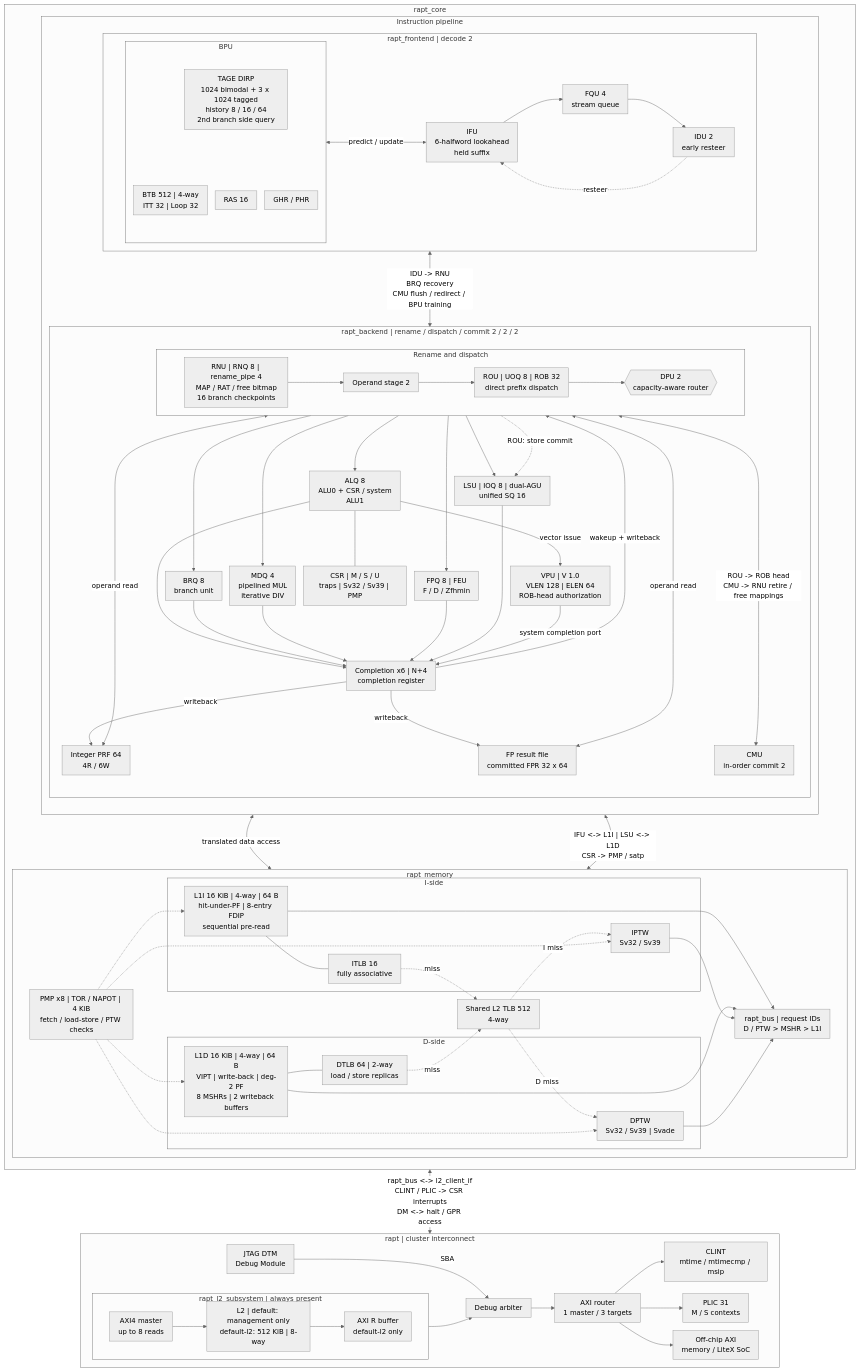
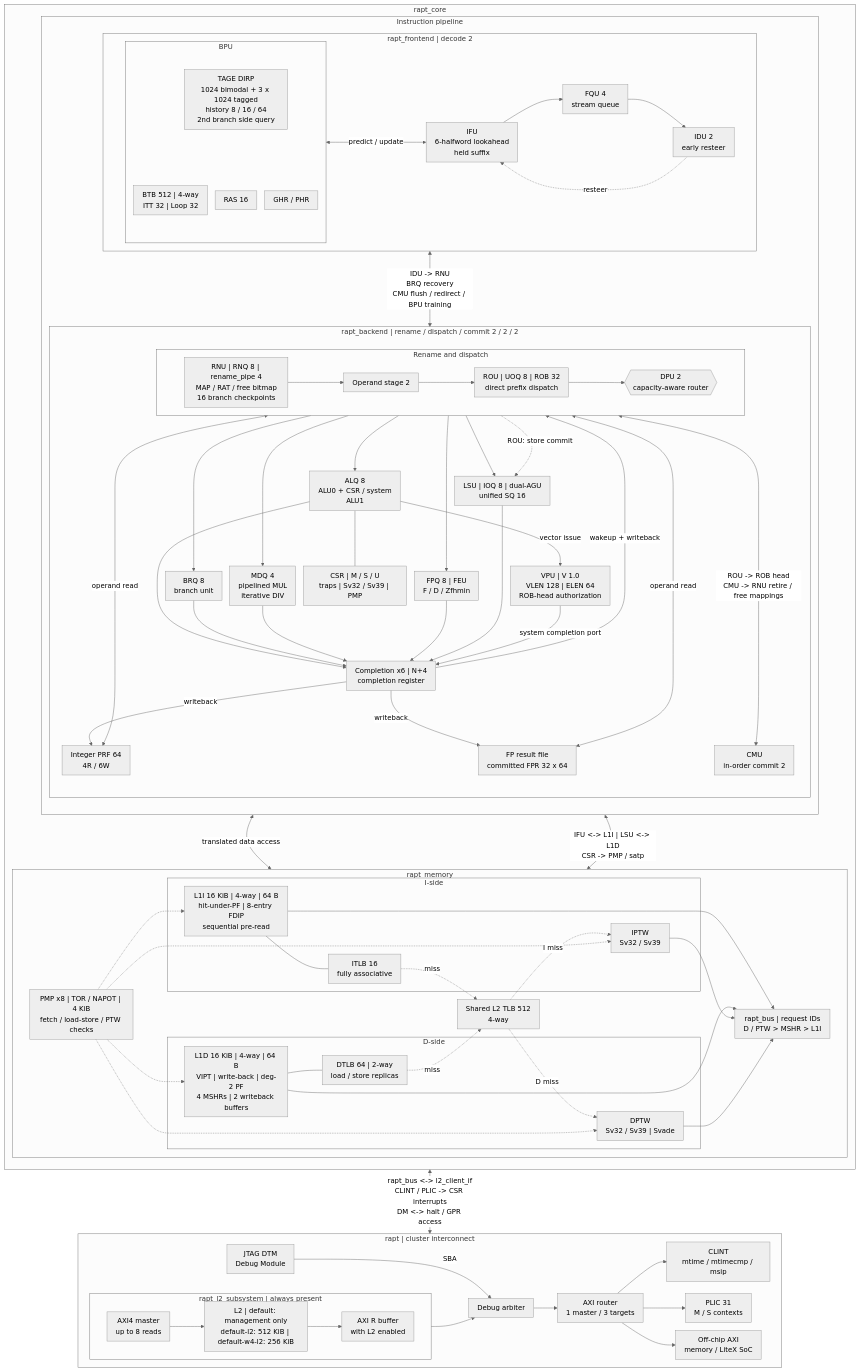
Before and after one commit to Kingfish404/raptor-chip: the diagram in README.md, drawn with Mermaid (neutral theme). The commit also changed other lines of this file and 18 other files, not shown here.

```diff
--- a/README.md
+++ b/README.md
@@ -159,7 +182,7 @@
         IPTW["IPTW<br/>Sv32 / Sv39"]
       end
       subgraph DMEM["D-side"]
-        L1D["L1D 16 KiB | 4-way | 64 B<br/>VIPT | write-back | deg-2 PF<br/>8 MSHRs | 2 writeback buffers"]
+        L1D["L1D 16 KiB | 4-way | 64 B<br/>VIPT | write-back | deg-2 PF<br/>4 MSHRs | 2 writeback buffers"]
         DTLB["DTLB 64 | 2-way<br/>load / store replicas"]
         DPTW["DPTW<br/>Sv32 / Sv39 | Svade"]
       end
@@ -182,8 +205,8 @@
     subgraph L2S["rapt_l2_subsystem | always present"]
       direction LR
       AXIM["AXI4 master<br/>up to 8 reads"]
-      L2["L2 | default: management only<br/>default-l2: 512 KiB | 8-way"]
-      RBUF["AXI R buffer<br/>default-l2 only"]
+      L2["L2 | default: management only<br/>default-l2: 512 KiB | default-w4-l2: 256 KiB"]
+      RBUF["AXI R buffer<br/>with L2 enabled"]
       AXIM --> L2 --> RBUF
     end
     ARB["Debug arbiter"]
```
